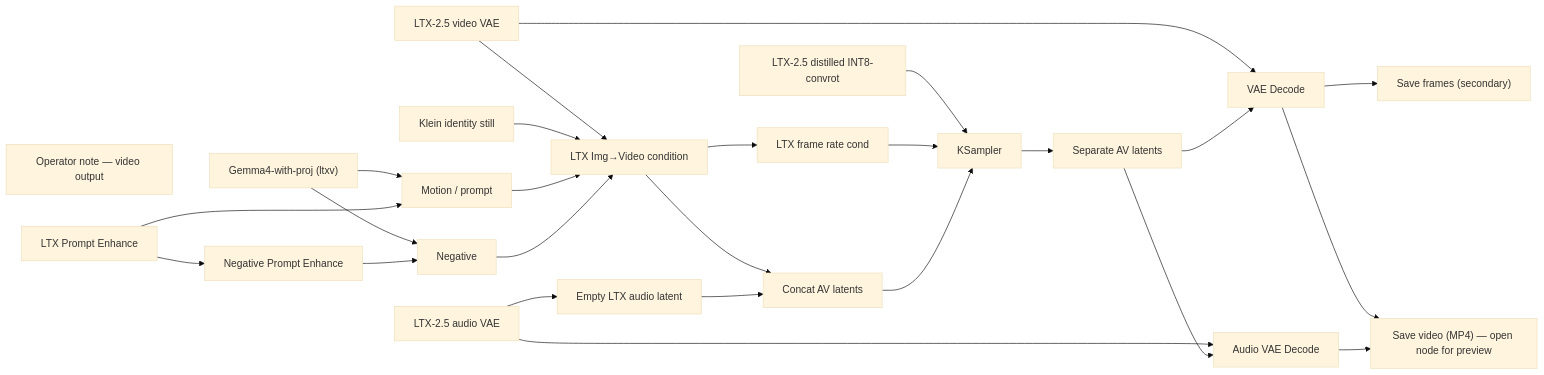
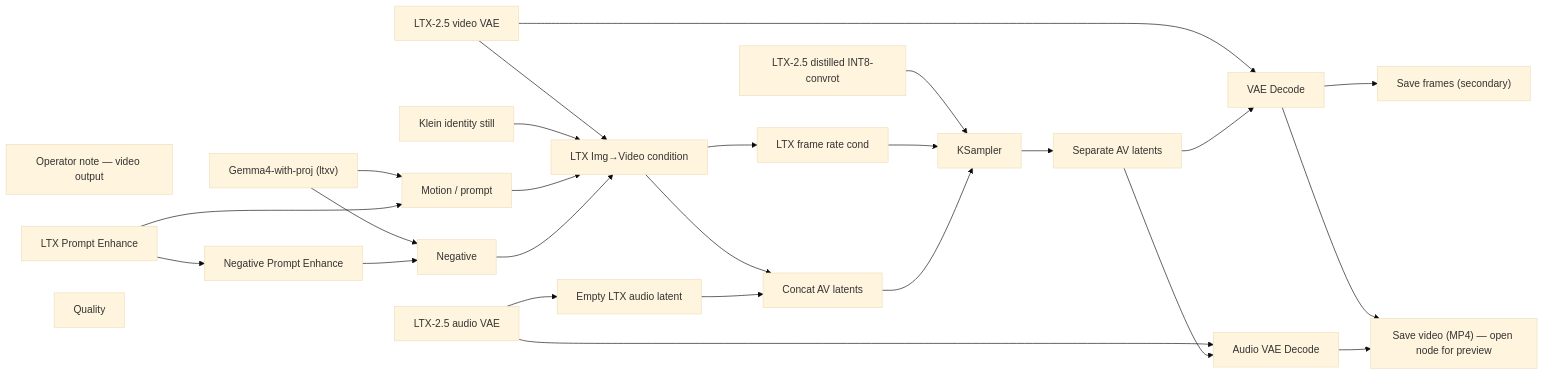
Before and after one commit to toxicoder/ez-comfy-stack: the diagram in docs/generated/workflows/klein/talking-head.md, drawn with Mermaid (base theme). The commit also changed other lines of this file and 644 other files, not shown here.

````diff
--- a/docs/generated/workflows/klein/talking-head.md
+++ b/docs/generated/workflows/klein/talking-head.md
@@ -50,47 +50,48 @@
 ```mermaid
 flowchart LR
   N1["LTX-2.5 distilled INT8-convrot"]
   N2["LTX-2.5 video VAE"]
   N3["Gemma4-with-proj (ltxv)"]
   N4["Klein identity still"]
   N5["Motion / prompt"]
   N6["Negative"]
   N7["LTX Img→Video condition"]
   N8["LTX frame rate cond"]
   N9["KSampler"]
   N10["VAE Decode"]
   N12["Save frames (secondary)"]
   N13["LTX-2.5 audio VAE"]
   N14["Empty LTX audio latent"]
   N15["Concat AV latents"]
   N16["Separate AV latents"]
   N17["Operator note — video output"]
   N18["Save video (MP4) — open node for preview"]
   N19["LTX Prompt Enhance"]
   N20["Audio VAE Decode"]
   N21["Negative Prompt Enhance"]
+  N22["Quality"]
   N1 --> N9
   N2 --> N7
   N2 --> N10
   N3 --> N5
   N3 --> N6
   N4 --> N7
   N5 --> N7
   N6 --> N7
   N7 --> N8
   N7 --> N15
   N8 --> N9
   N9 --> N16
   N10 --> N12
   N10 --> N18
   N13 --> N14
   N13 --> N20
   N14 --> N15
   N15 --> N9
   N16 --> N10
   N16 --> N20
   N19 --> N5
   N19 --> N21
   N20 --> N18
   N21 --> N6
 ```
````
